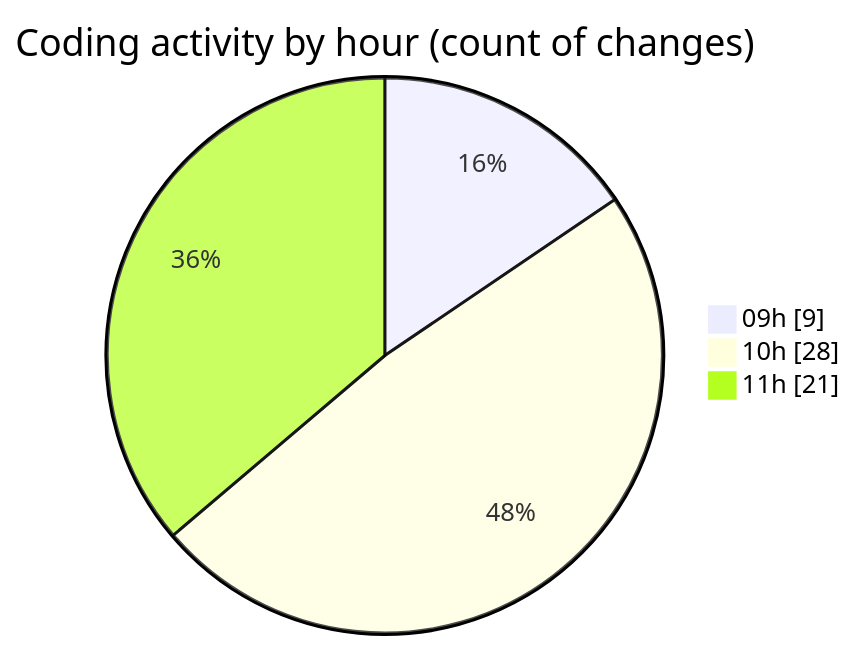
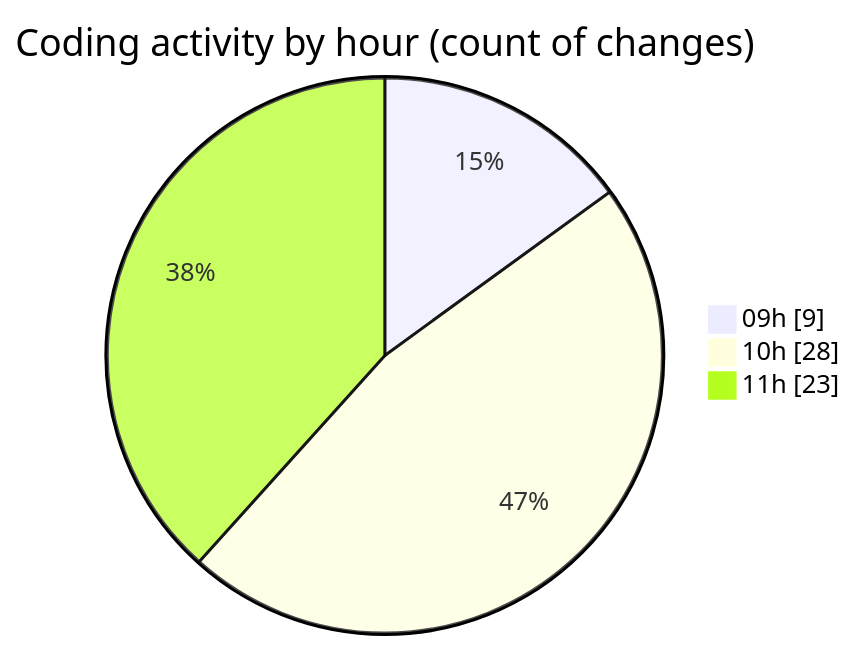
Before and after one commit to momahboobian/code-tracking: the second of 2 diagrams in 2025-09-18/cda/README.md, drawn with Mermaid. The commit also changed other lines of this file and 1 other file, not shown here.

````diff
--- a/2025-09-18/cda/README.md
+++ b/2025-09-18/cda/README.md
@@ -36,7 +36,7 @@
 ```mermaid
 pie showData
 title Coding activity by hour (count of changes)
 "09h" : 9
 "10h" : 28
-"11h" : 21
+"11h" : 23
 ```
````
